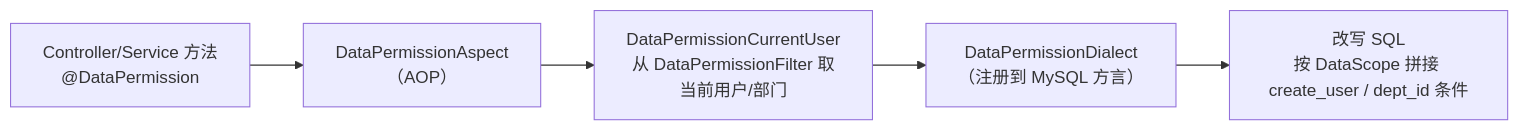
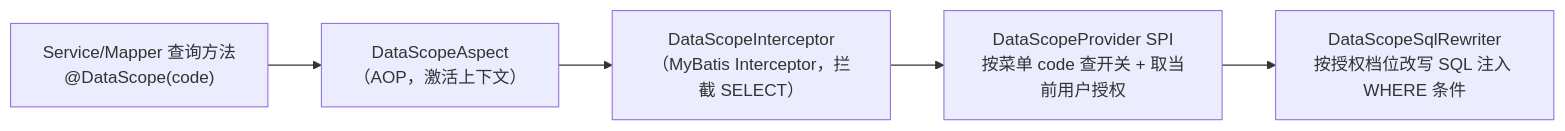
The diagram in src/doc/source/mdp-base/md-db-mybatis-flex.md (henhen6/mdp-docs), drawn with Mermaid before and after one commit. The commit also changed other lines of this file and 29 other files, not shown here.

````diff
--- a/src/doc/source/mdp-base/md-db-mybatis-flex.md
+++ b/src/doc/source/mdp-base/md-db-mybatis-flex.md
@@ -51,7 +55,7 @@
 ```mermaid
 flowchart LR
-    A["Controller/Service 方法<br/>@DataPermission"] --> B["DataPermissionAspect<br/>（AOP）"]
-    B --> C["DataPermissionCurrentUser<br/>从 DataPermissionFilter 取当前用户/部门"]
-    C --> D["DataPermissionDialect<br/>（注册到 MySQL 方言）"]
-    D --> E["改写 SQL<br/>按 DataScope 拼接 create_user / dept_id 条件"]
+    A["Service/Mapper 查询方法<br/>@DataScope(code)"] --> B["DataScopeAspect<br/>（AOP，激活上下文）"]
+    B --> C["DataScopeInterceptor<br/>（MyBatis Interceptor，拦截 SELECT）"]
+    C --> D["DataScopeProvider SPI<br/>按菜单 code 查开关 + 取当前用户授权"]
+    D --> E["DataScopeSqlRewriter<br/>按授权档位改写 SQL 注入 WHERE 条件"]
 ```
````
